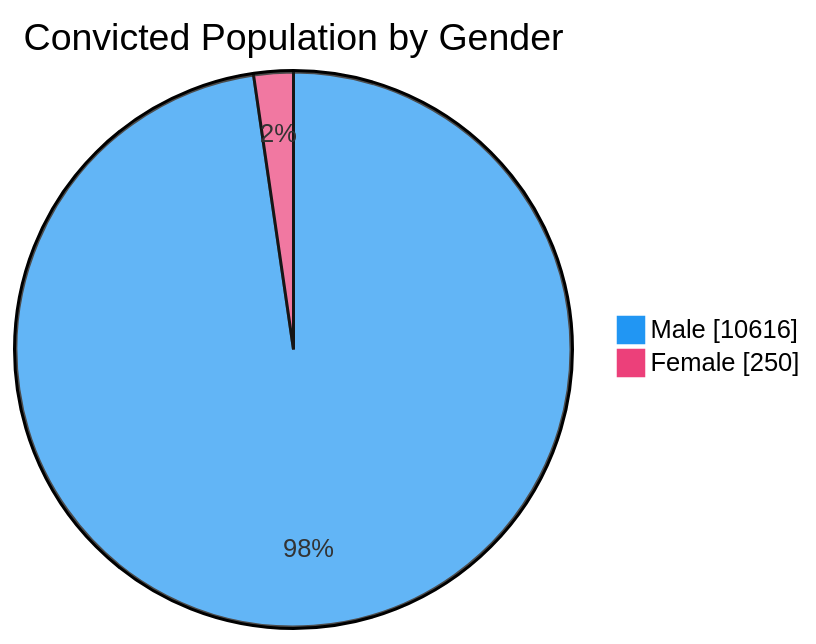
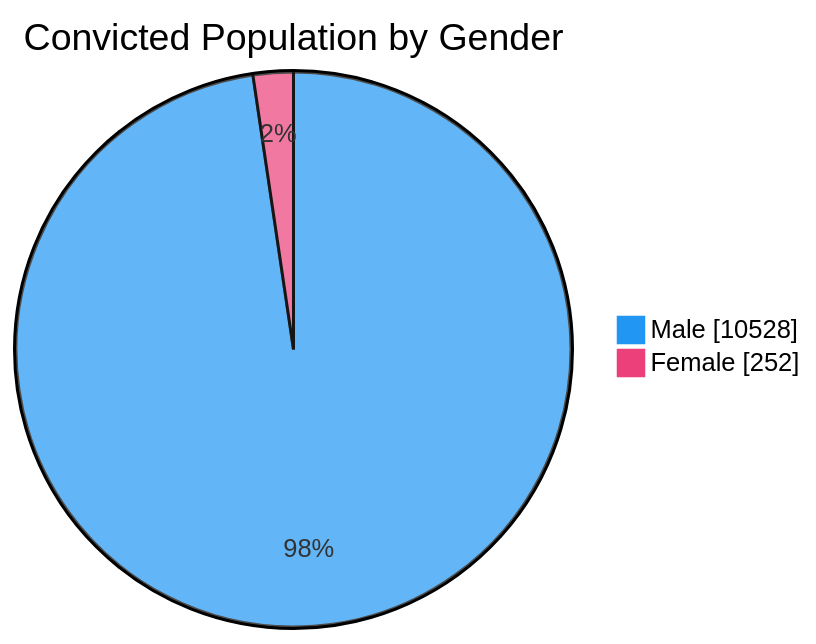
One commit to nuuuwan/lk_prisons changed the third of 7 diagrams in README.md. Above: the diagram before and after it, drawn with Mermaid. The commit also changed other lines of this file and 1 other file, not shown here.

````diff
--- a/README.md
+++ b/README.md
@@ -65,6 +65,6 @@
 ```mermaid
 %%{init: {'themeVariables': {'pie1': '#2196F3', 'pie2': '#EC407A'}}}%%
 pie showData title Convicted Population by Gender
-    "Male" : 10616
-    "Female" : 250
+    "Male" : 10528
+    "Female" : 252
 ```
````
